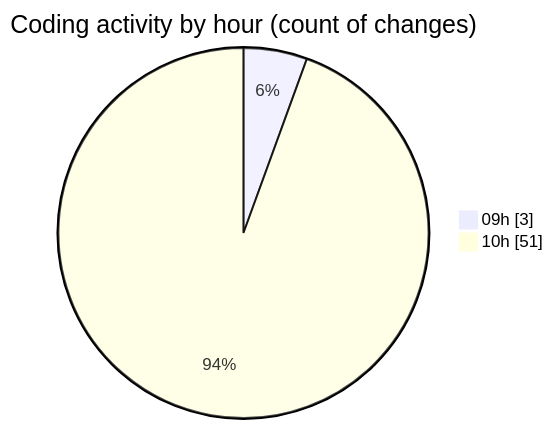
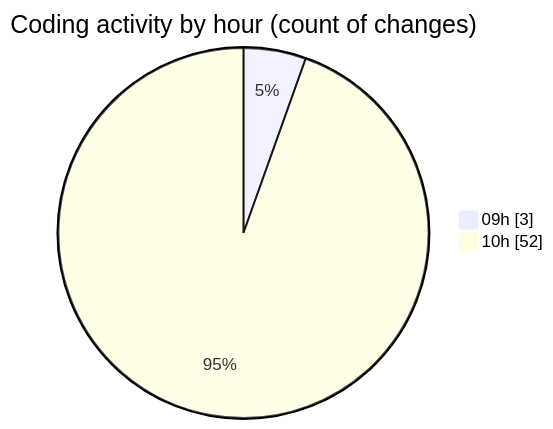
Before and after one commit to momahboobian/code-tracking: the second of 2 diagrams in 2026-09-25/cda/README.md, drawn with Mermaid. The commit also changed other lines of this file and 1 other file, not shown here.

````diff
--- a/2026-09-25/cda/README.md
+++ b/2026-09-25/cda/README.md
@@ -52,6 +53,6 @@
 ```mermaid
 pie showData
 title Coding activity by hour (count of changes)
 "09h" : 3
-"10h" : 51
+"10h" : 52
 ```
````
